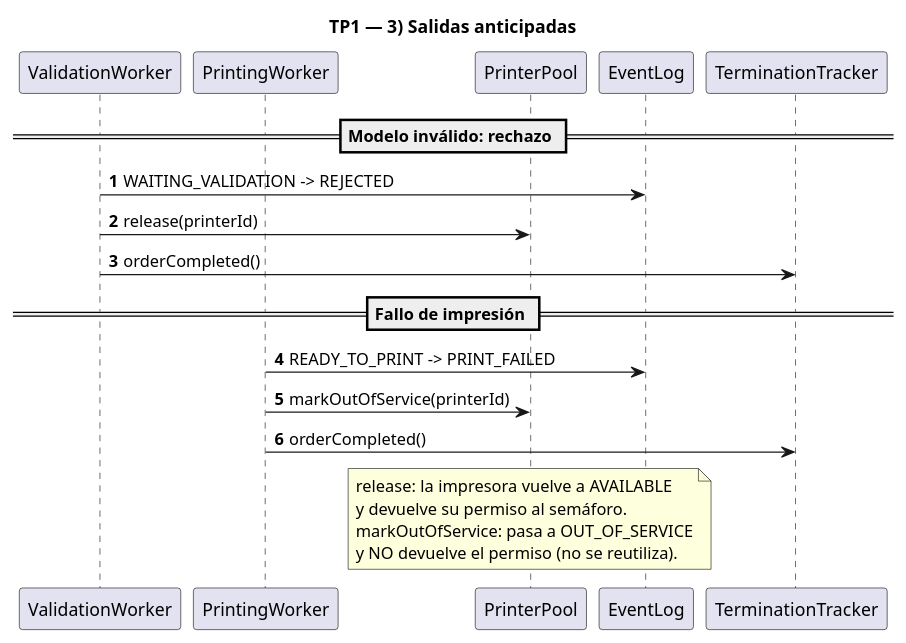
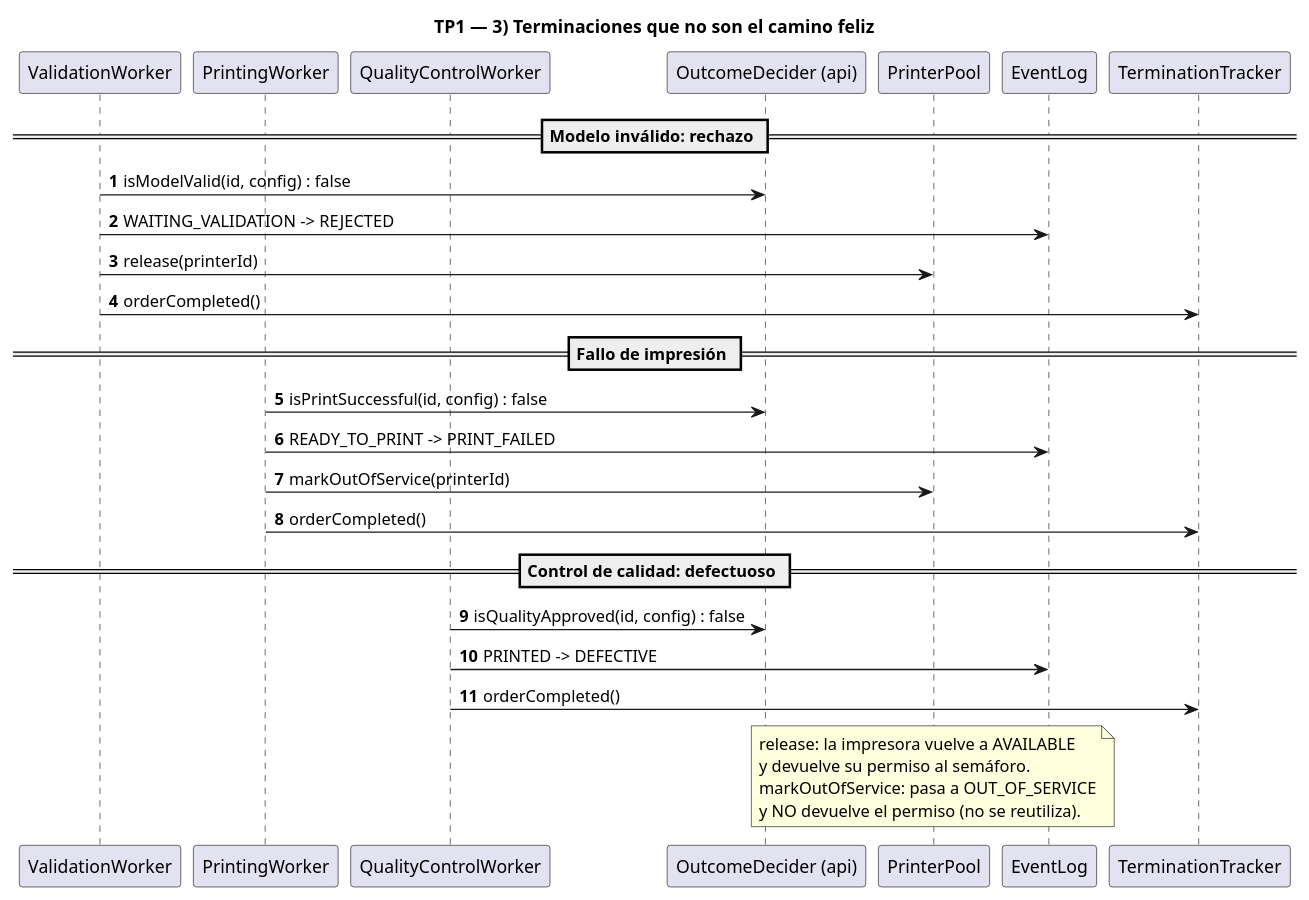
One commit to ValentinoZucchellaPaz/tp1-pcyp-2026 changed the diagram in docs/diagramasSimples/diagrama-secuencia-3-salidas.puml. Above: the diagram before and after it, drawn with PlantUML. The commit also changed 5 other files, not shown here.

Commit message:
docs: refinar diagramas de secuencia 2-4 (OutcomeDecider, DEFECTIVE, terminacion)

```diff
--- a/docs/diagramasSimples/diagrama-secuencia-3-salidas.puml
+++ b/docs/diagramasSimples/diagrama-secuencia-3-salidas.puml
@@ -1,28 +1,37 @@
 @startuml diagrama-secuencia-3-salidas
-title TP1 — 3) Salidas anticipadas
+title TP1 — 3) Terminaciones que no son el camino feliz
 autonumber
 
 participant "ValidationWorker" as VW
 participant "PrintingWorker" as PW
+participant "QualityControlWorker" as QW
+participant "OutcomeDecider (api)" as OD
 participant "PrinterPool" as PP
 participant "EventLog" as EL
 participant "TerminationTracker" as TT
 
 == Modelo inválido: rechazo ==
+VW -> OD : isModelValid(id, config) : false
 VW -> EL : WAITING_VALIDATION -> REJECTED
 VW -> PP : release(printerId)
 VW -> TT : orderCompleted()
 
 == Fallo de impresión ==
+PW -> OD : isPrintSuccessful(id, config) : false
 PW -> EL : READY_TO_PRINT -> PRINT_FAILED
 PW -> PP : markOutOfService(printerId)
 PW -> TT : orderCompleted()
+
+== Control de calidad: defectuoso ==
+QW -> OD : isQualityApproved(id, config) : false
+QW -> EL : PRINTED -> DEFECTIVE
+QW -> TT : orderCompleted()
 
 note over PP
   release: la impresora vuelve a AVAILABLE
   y devuelve su permiso al semáforo.
   markOutOfService: pasa a OUT_OF_SERVICE
   y NO devuelve el permiso (no se reutiliza).
 end note
 
 @enduml
```
